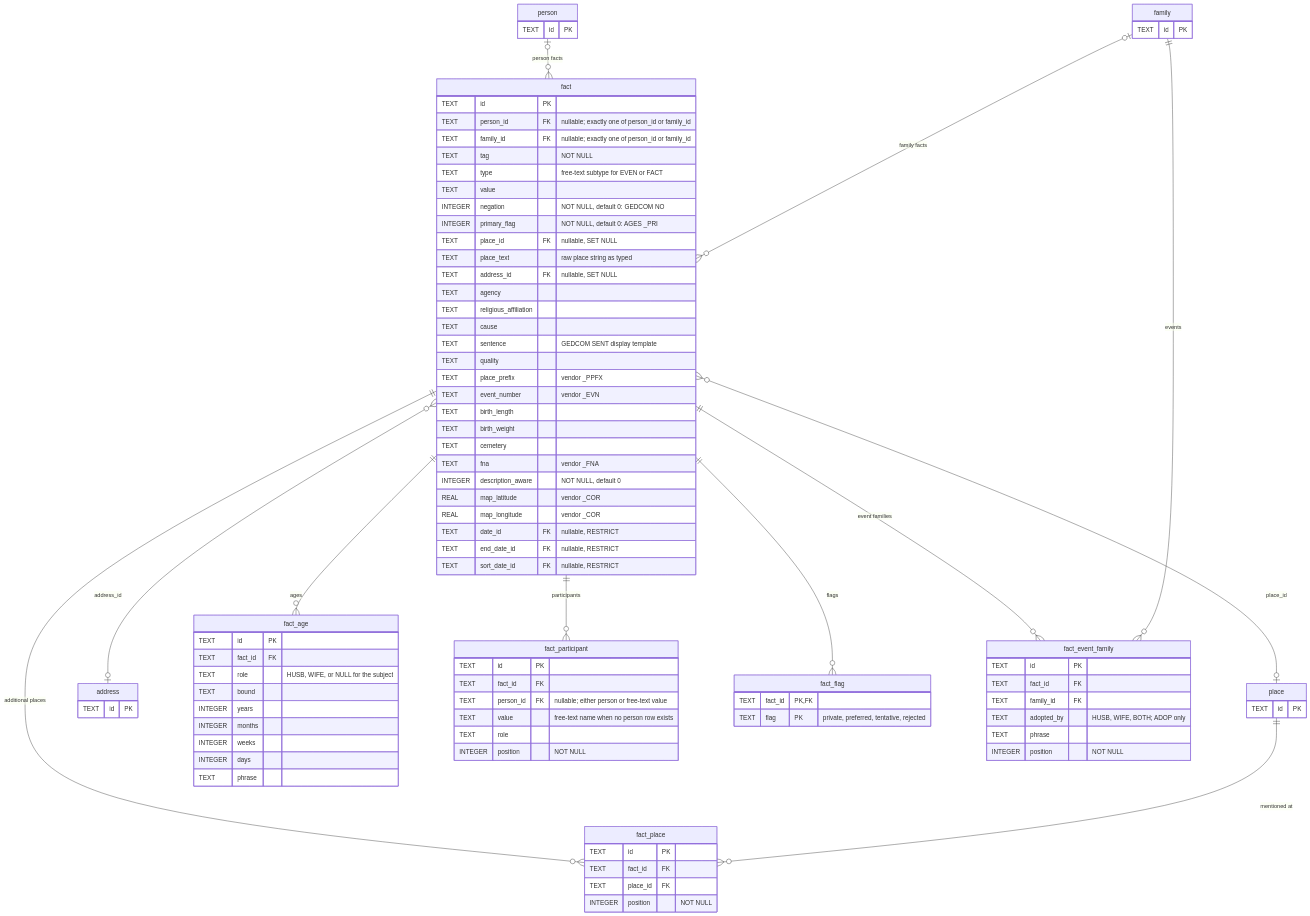
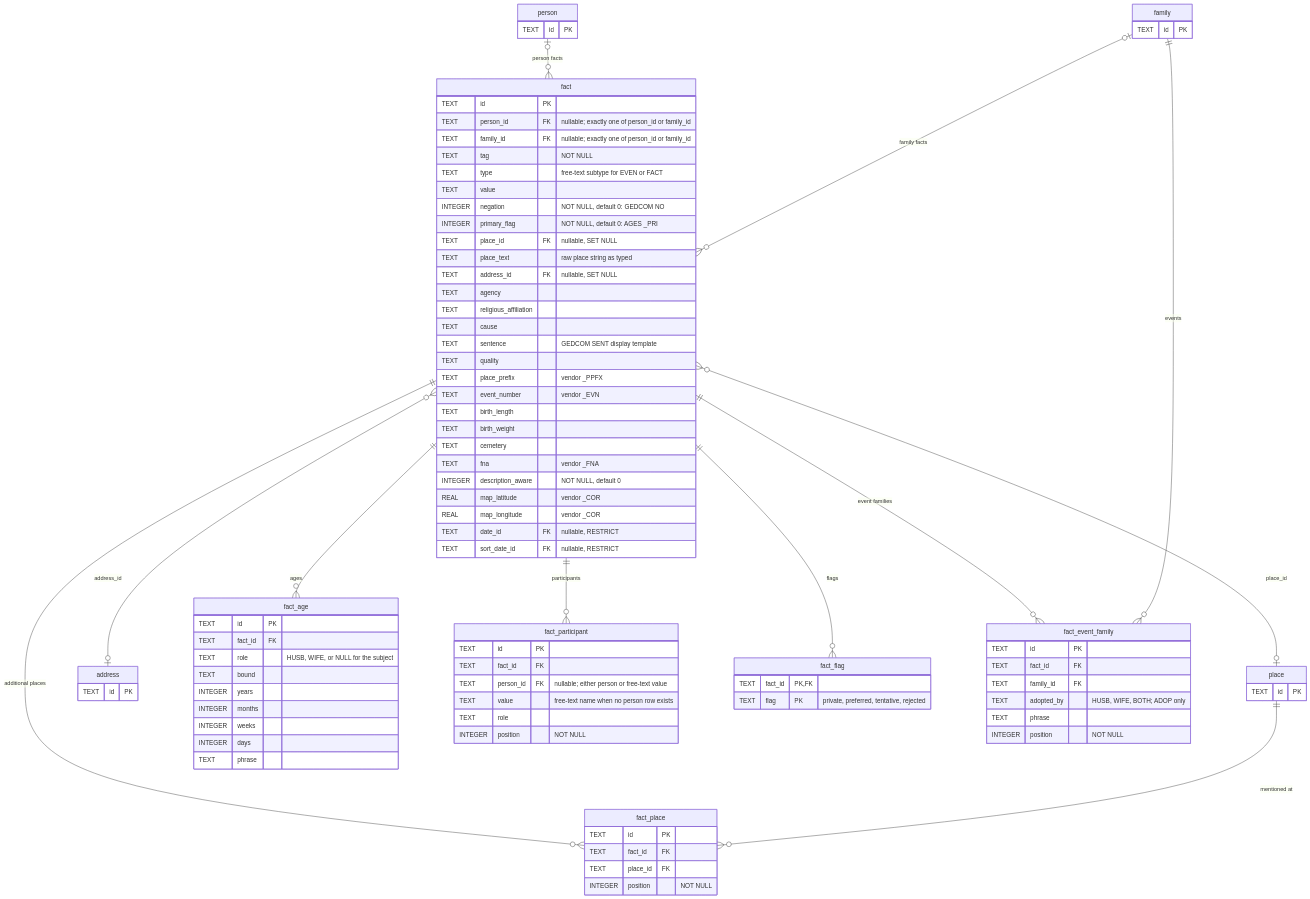
One commit to borisovodov/doru changed the third of 12 diagrams in docs/db-schema.md. Above: the diagram before and after it, drawn with Mermaid. The commit also changed other lines of this file and 36 other files, not shown here.

```diff
--- a/docs/db-schema.md
+++ b/docs/db-schema.md
@@ -263,7 +263,6 @@
         REAL map_latitude "vendor _COR"
         REAL map_longitude "vendor _COR"
         TEXT date_id FK "nullable, RESTRICT"
-        TEXT end_date_id FK "nullable, RESTRICT"
         TEXT sort_date_id FK "nullable, RESTRICT"
     }
 
```
